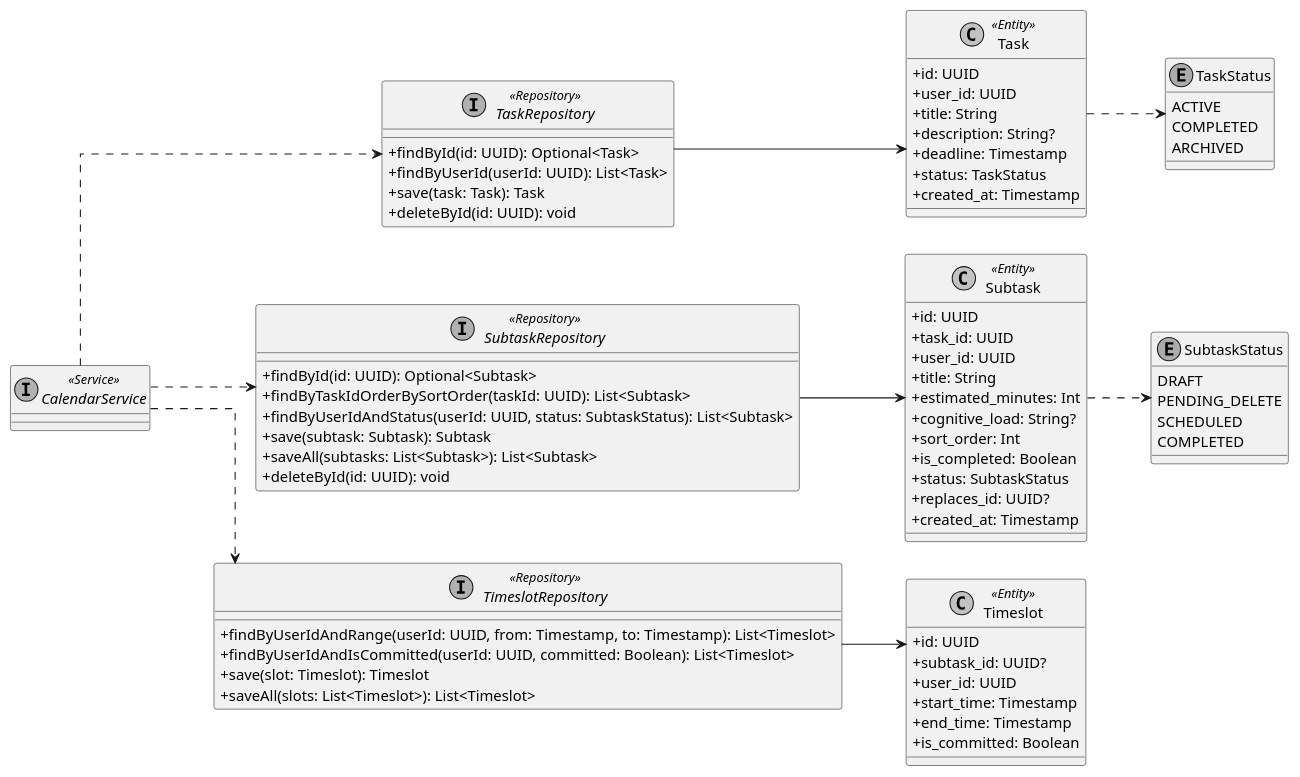
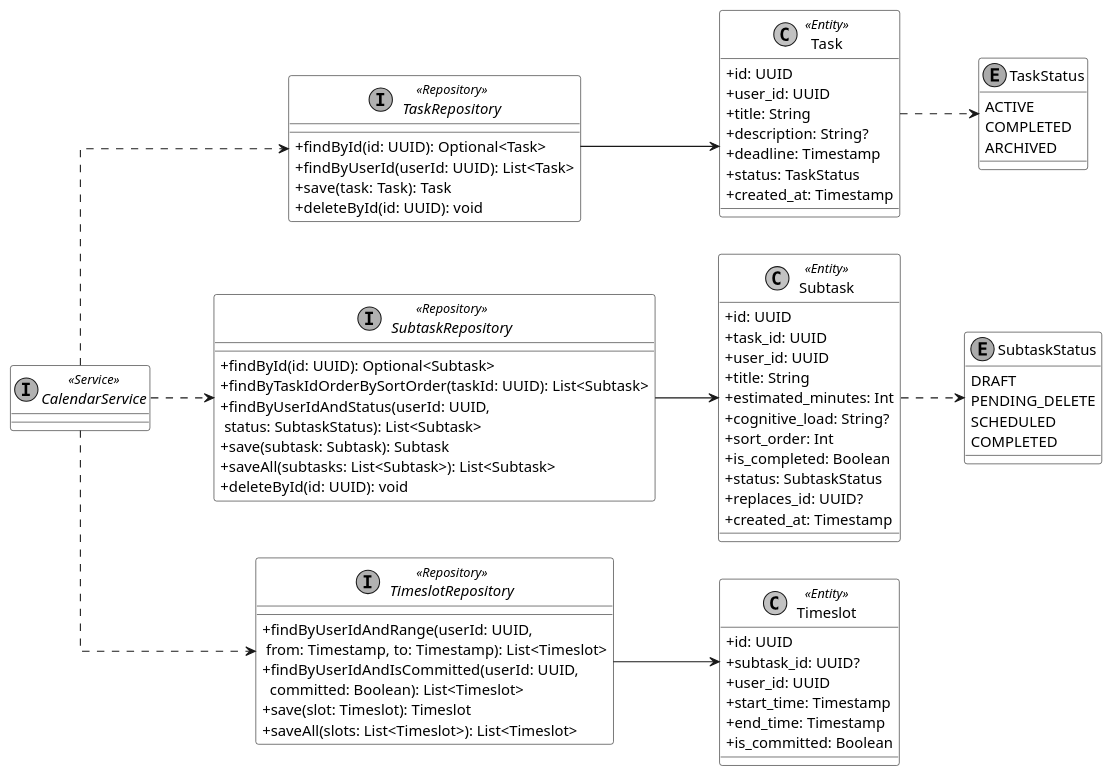
Before and after one commit to Hohichh/Diploma-project-notes: the diagram in diagrams/v2/class/classes_v2_repositories_calendar.puml, drawn with PlantUML. The commit also changed 58 other files, not shown here.

```diff
--- a/diagrams/v2/class/classes_v2_repositories_calendar.puml
+++ b/diagrams/v2/class/classes_v2_repositories_calendar.puml
@@ -1,91 +1,95 @@
 @startuml
 skinparam monochrome true
 skinparam shadowing false
 skinparam defaultFontName Arial
 skinparam classAttributeIconSize 0
 skinparam linetype ortho
+skinparam classBackgroundColor transparent
+skinparam classBorderColor black
+skinparam classAttributeBackgroundColor transparent
+skinparam backgroundColor transparent
 left to right direction
 
 interface CalendarService <<Service>>
 
 enum TaskStatus {
     ACTIVE
     COMPLETED
     ARCHIVED
 }
 
 enum SubtaskStatus {
     DRAFT
     PENDING_DELETE
     SCHEDULED
     COMPLETED
 }
 
 class Task <<Entity>> {
     + id: UUID
     + user_id: UUID
     + title: String
     + description: String?
     + deadline: Timestamp
     + status: TaskStatus
     + created_at: Timestamp
 }
 
 class Subtask <<Entity>> {
     + id: UUID
     + task_id: UUID
     + user_id: UUID
     + title: String
     + estimated_minutes: Int
     + cognitive_load: String?
     + sort_order: Int
     + is_completed: Boolean
     + status: SubtaskStatus
     + replaces_id: UUID?
     + created_at: Timestamp
 }
 
 class Timeslot <<Entity>> {
     + id: UUID
     + subtask_id: UUID?
     + user_id: UUID
     + start_time: Timestamp
     + end_time: Timestamp
     + is_committed: Boolean
 }
 
 interface TaskRepository <<Repository>> {
     + findById(id: UUID): Optional<Task>
     + findByUserId(userId: UUID): List<Task>
     + save(task: Task): Task
     + deleteById(id: UUID): void
 }
 
 interface SubtaskRepository <<Repository>> {
     + findById(id: UUID): Optional<Subtask>
     + findByTaskIdOrderBySortOrder(taskId: UUID): List<Subtask>
-    + findByUserIdAndStatus(userId: UUID, status: SubtaskStatus): List<Subtask>
+    + findByUserIdAndStatus(userId: UUID,\n status: SubtaskStatus): List<Subtask>
     + save(subtask: Subtask): Subtask
     + saveAll(subtasks: List<Subtask>): List<Subtask>
     + deleteById(id: UUID): void
 }
 
 interface TimeslotRepository <<Repository>> {
-    + findByUserIdAndRange(userId: UUID, from: Timestamp, to: Timestamp): List<Timeslot>
-    + findByUserIdAndIsCommitted(userId: UUID, committed: Boolean): List<Timeslot>
+    + findByUserIdAndRange(userId: UUID,\n from: Timestamp, to: Timestamp): List<Timeslot>
+    + findByUserIdAndIsCommitted(userId: UUID,\n  committed: Boolean): List<Timeslot>
     + save(slot: Timeslot): Timeslot
     + saveAll(slots: List<Timeslot>): List<Timeslot>
 }
 
 CalendarService ..> TaskRepository
 CalendarService ..> SubtaskRepository
 CalendarService ..> TimeslotRepository
 
 TaskRepository --> Task
 SubtaskRepository --> Subtask
 TimeslotRepository --> Timeslot
 
 Task ..> TaskStatus
 Subtask ..> SubtaskStatus
 
 @enduml
```
